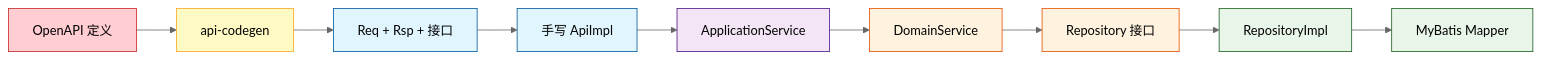
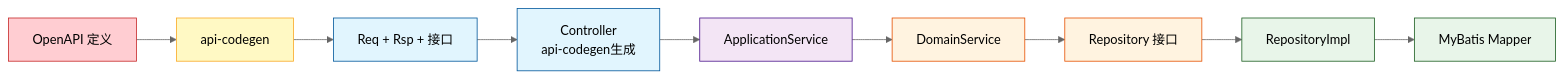
One commit to Emtemf/oh-help-me changed diagram 11 of 12 in docs/clean-architecture-guide.md. Above: the diagram before and after it, drawn with Mermaid (neutral theme). The commit also changed other lines of this file, not shown here.

````diff
--- a/docs/clean-architecture-guide.md
+++ b/docs/clean-architecture-guide.md
@@ -871,21 +884,21 @@
 ```mermaid
 graph LR
     A[OpenAPI 定义] --> B[api-codegen]
     B --> C[Req + Rsp + 接口]
-    C --> D[手写 ApiImpl]
+    C --> D[Controller<br/>api-codegen生成]
     D --> E[ApplicationService]
     E --> F[DomainService]
     F --> G[Repository 接口]
     G --> H[RepositoryImpl]
     H --> I[MyBatis Mapper]
 
     style A fill:#ffcdd2,stroke:#c62828
     style B fill:#fff9c4,stroke:#f9a825
     style C fill:#e1f5fe,stroke:#01579b
     style D fill:#e1f5fe,stroke:#01579b
     style E fill:#f3e5f5,stroke:#4a148c
     style F fill:#fff3e0,stroke:#e65100
     style G fill:#fff3e0,stroke:#e65100
     style H fill:#e8f5e9,stroke:#1b5e20
     style I fill:#e8f5e9,stroke:#1b5e20
 ```
````
